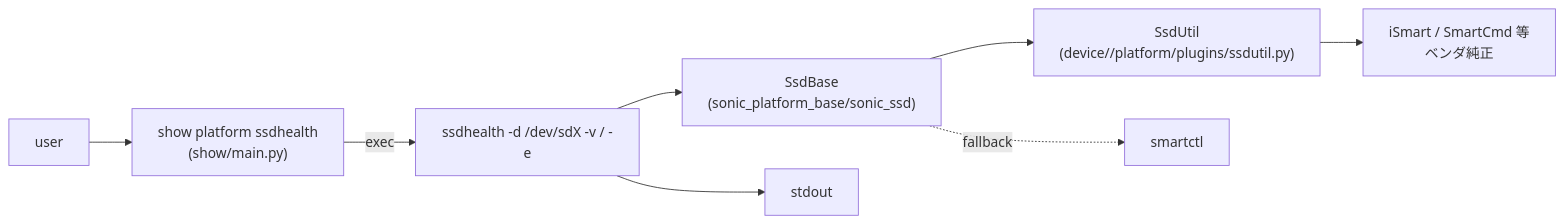
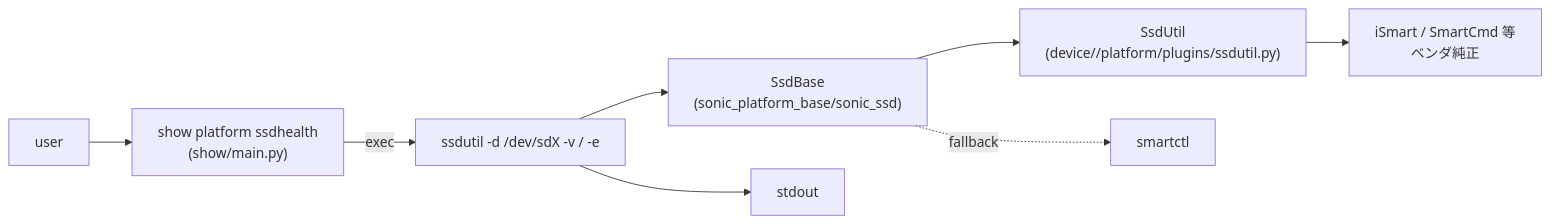
One commit to aoki-taquan/sonic-unofficial-docs changed the diagram in docs/architecture/ssdhealth-design-operations.md. Above: the diagram before and after it, drawn with Mermaid. The commit also changed other lines of this file and 4 other files, not shown here.

````diff
--- a/docs/architecture/ssdhealth-design-operations.md
+++ b/docs/architecture/ssdhealth-design-operations.md
@@ -53,10 +53,10 @@
 ```mermaid
 flowchart LR
     USER[user] --> SHOW["show platform ssdhealth\n(show/main.py)"]
-    SHOW -->|exec| UTIL["ssdhealth -d /dev/sdX -v / -e"]
+    SHOW -->|exec| UTIL["ssdutil -d /dev/sdX -v / -e"]
     UTIL --> BASE["SsdBase\n(sonic_platform_base/sonic_ssd)"]
     BASE --> VENDOR["SsdUtil\n(device/<vendor>/platform/plugins/ssdutil.py)"]
     BASE -.fallback.-> SCTL[smartctl]
     VENDOR --> ISMART["iSmart / SmartCmd 等\nベンダ純正"]
     UTIL --> OUT[stdout]
 ```
````
